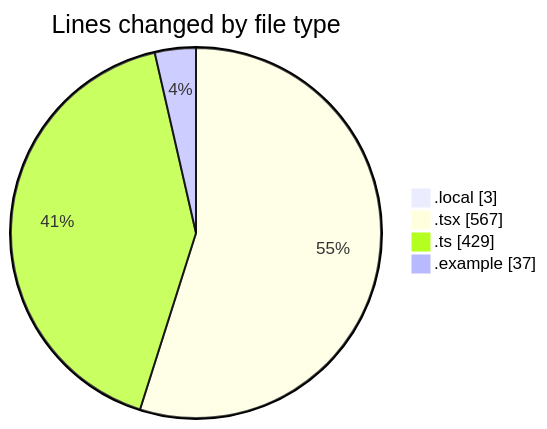
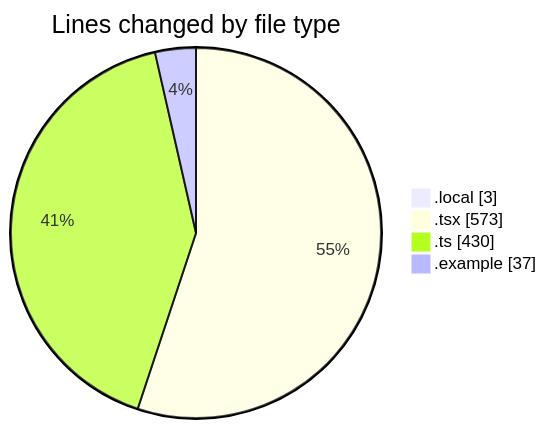
Before and after one commit to julien-gomy/code-tracking: the first of 2 diagrams in 2025-11-20/eventscop-frontend-guide__workspace_/README.md, drawn with Mermaid. The commit also changed other lines of this file and 1 other file, not shown here.

````diff
--- a/2025-11-20/eventscop-frontend-guide__workspace_/README.md
+++ b/2025-11-20/eventscop-frontend-guide__workspace_/README.md
@@ -36,8 +36,8 @@
 ```mermaid
 pie showData
 title Lines changed by file type
 ".local" : 3
-".tsx" : 567
-".ts" : 429
+".tsx" : 573
+".ts" : 430
 ".example" : 37
 ```
````
